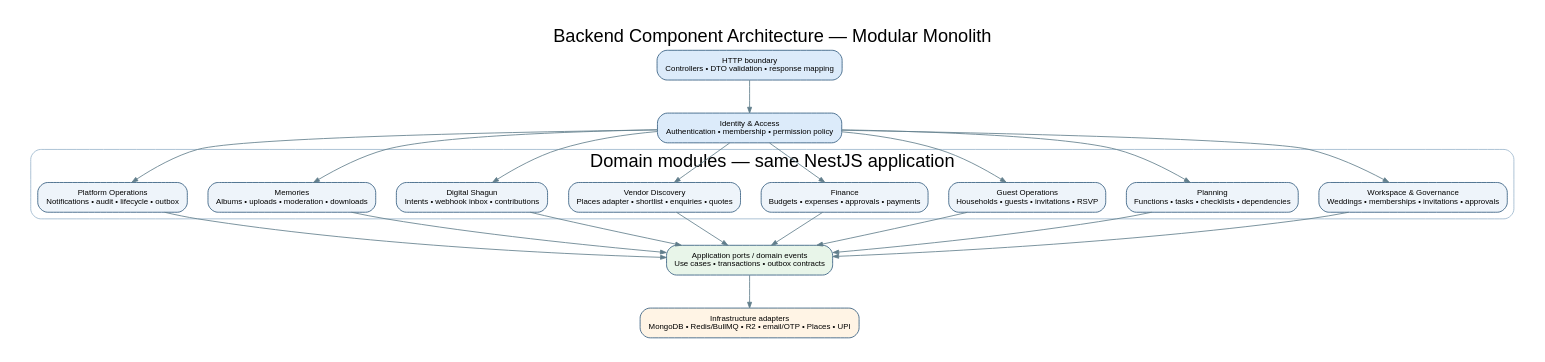
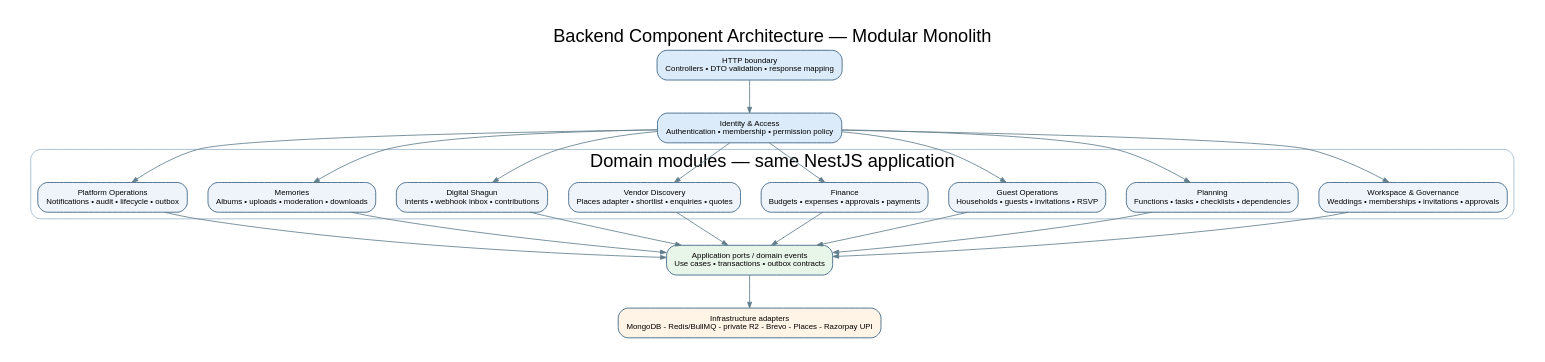
The diagram in docs/02-system-architecture/diagrams/component-architecture.dot (codeX4r/make-my-marrige), drawn with Graphviz before and after one commit. The commit also changed 24 other files, not shown here.

```diff
--- a/docs/02-system-architecture/diagrams/component-architecture.dot
+++ b/docs/02-system-architecture/diagrams/component-architecture.dot
@@ -1,24 +1,24 @@
 digraph G {
  graph [rankdir=TB, bgcolor="white", pad="0.3", nodesep="0.35", ranksep="0.55", labelloc=t, label="Backend Component Architecture — Modular Monolith", fontsize=22, fontname="Arial"];
  node [shape=box, style="rounded,filled", fontname="Arial", fontsize=9.5, margin="0.13,0.09", color="#315A7D", fillcolor="#EEF4FA"];
  edge [fontname="Arial", fontsize=8.5, color="#607D8B", arrowsize=0.7];
  http [label="HTTP boundary\nControllers • DTO validation • response mapping", fillcolor="#DCEBFA"];
  policy [label="Identity & Access\nAuthentication • membership • permission policy", fillcolor="#DCEBFA"];
  subgraph cluster_domains {
   label="Domain modules — same NestJS application"; color="#9CB6CC"; style="rounded";
   workspace [label="Workspace & Governance\nWeddings • memberships • invitations • approvals"];
   planning [label="Planning\nFunctions • tasks • checklists • dependencies"];
   guest [label="Guest Operations\nHouseholds • guests • invitations • RSVP"];
   finance [label="Finance\nBudgets • expenses • approvals • payments"];
   vendor [label="Vendor Discovery\nPlaces adapter • shortlist • enquiries • quotes"];
   shagun [label="Digital Shagun\nIntents • webhook inbox • contributions"];
   memories [label="Memories\nAlbums • uploads • moderation • downloads"];
   platform [label="Platform Operations\nNotifications • audit • lifecycle • outbox"];
  }
  ports [label="Application ports / domain events\nUse cases • transactions • outbox contracts", fillcolor="#E8F5E9"];
- infra [label="Infrastructure adapters\nMongoDB • Redis/BullMQ • R2 • email/OTP • Places • UPI", fillcolor="#FFF4E5"];
+ infra [label="Infrastructure adapters\nMongoDB - Redis/BullMQ - private R2 - Brevo - Places - Razorpay UPI", fillcolor="#FFF4E5"];
  http -> policy;
  policy -> workspace; policy -> planning; policy -> guest; policy -> finance; policy -> vendor; policy -> shagun; policy -> memories; policy -> platform;
  workspace -> ports; planning -> ports; guest -> ports; finance -> ports; vendor -> ports; shagun -> ports; memories -> ports; platform -> ports;
  ports -> infra;
 }
```
